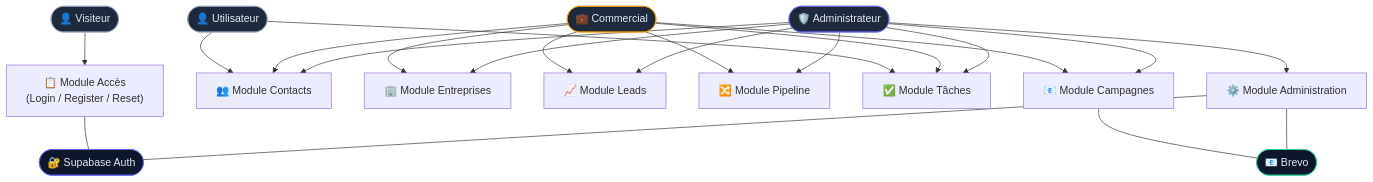
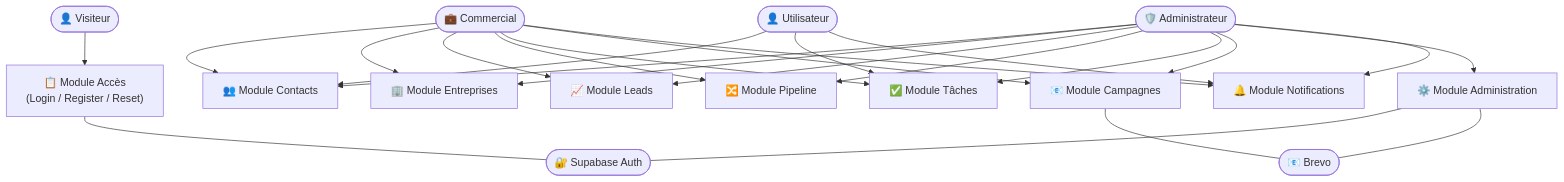
The diagram in docs/use_cases/synthese.mermaid (uciie/crm), drawn with Mermaid before and after one commit. The commit also changed 13 other files, not shown here.

```diff
--- a/docs/use_cases/synthese.mermaid
+++ b/docs/use_cases/synthese.mermaid
@@ -1,45 +1,42 @@
 graph TD
     V(["👤 Visiteur"])
     U(["👤 Utilisateur"])
     C(["💼 Commercial"])
     A(["🛡️ Administrateur"])
     SA(["🔐 Supabase Auth"])
     BR(["📧 Brevo"])
 
     MOD1["📋 Module Accès\n(Login / Register / Reset)"]
     MOD2["👥 Module Contacts"]
     MOD3["🏢 Module Entreprises"]
     MOD4["📈 Module Leads"]
     MOD5["🔀 Module Pipeline"]
     MOD6["✅ Module Tâches"]
     MOD7["📧 Module Campagnes"]
     MOD8["⚙️ Module Administration"]
+    MOD9["🔔 Module Notifications"]
 
     V --> MOD1
     U --> MOD2
     U --> MOD6
+    U --> MOD9
     C --> MOD2
     C --> MOD3
     C --> MOD4
     C --> MOD5
     C --> MOD6
     C --> MOD7
+    C --> MOD9
     A --> MOD2
     A --> MOD3
     A --> MOD4
     A --> MOD5
     A --> MOD6
     A --> MOD7
     A --> MOD8
+    A --> MOD9
 
     MOD1 --- SA
     MOD7 --- BR
     MOD8 --- SA
     MOD8 --- BR
-
-    style V fill:#1e293b,stroke:#94a3b8,color:#e2e8f0
-    style U fill:#1e293b,stroke:#94a3b8,color:#e2e8f0
-    style C fill:#1e293b,stroke:#f59e0b,color:#e2e8f0
-    style A fill:#1e293b,stroke:#6366f1,color:#e2e8f0
-    style SA fill:#0f172a,stroke:#6366f1,color:#e2e8f0
-    style BR fill:#0f172a,stroke:#34d399,color:#e2e8f0
```
